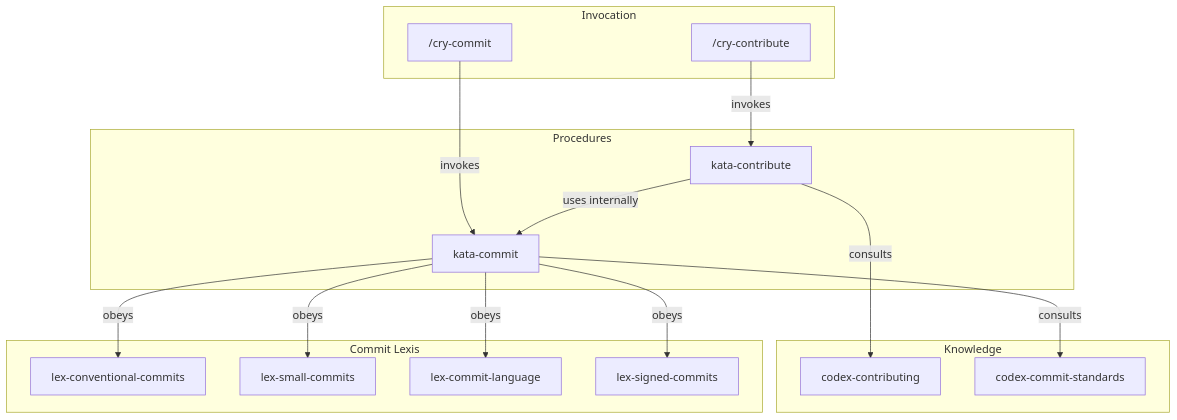
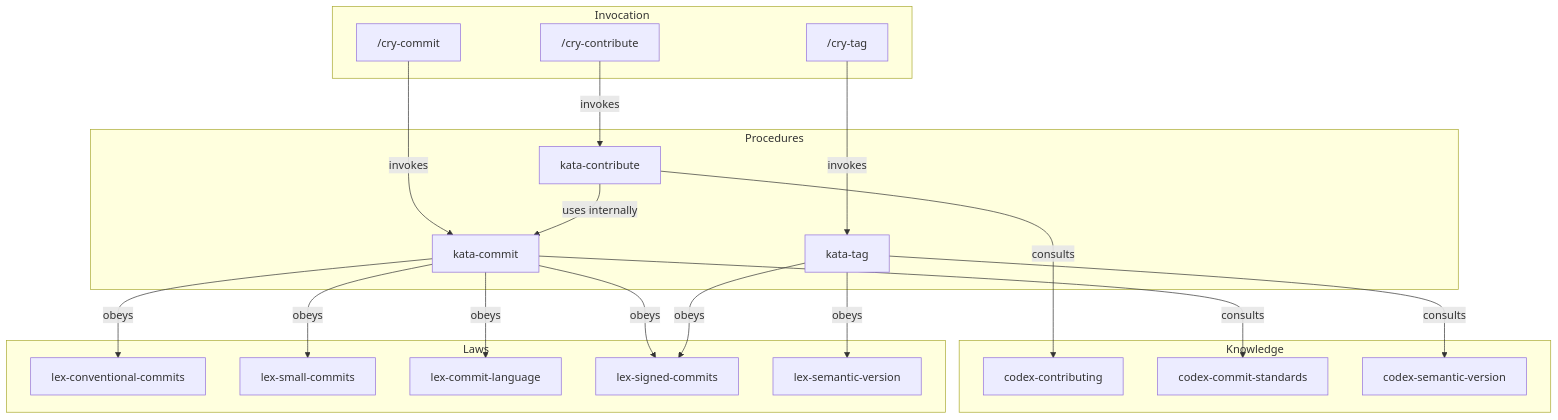
Before and after one commit to guardiatechnology/ahrena: the diagram in framework/en/_foundation/contributing/README.md, drawn with Mermaid. The commit also changed other lines of this file and 24 other files, not shown here.

First line of the commit message:
feat(contributing): add cry-tag and semantic versioning (lex, codex, kata)

````diff
--- a/framework/en/_foundation/contributing/README.md
+++ b/framework/en/_foundation/contributing/README.md
@@ -11,34 +11,42 @@
 ```mermaid
 flowchart TD
     subgraph invocation ["Invocation"]
         CryCommit["/cry-commit"]
         CryContribute["/cry-contribute"]
+        CryTag["/cry-tag"]
     end
 
     subgraph procedures ["Procedures"]
         KataCommit["kata-commit"]
         KataContribute["kata-contribute"]
+        KataTag["kata-tag"]
     end
 
     subgraph knowledge ["Knowledge"]
         CdxContributing["codex-contributing"]
         CdxCommitStd["codex-commit-standards"]
+        CdxSemVer["codex-semantic-version"]
     end
 
-    subgraph laws ["Commit Lexis"]
+    subgraph laws ["Laws"]
         LexConventional["lex-conventional-commits"]
         LexSmall["lex-small-commits"]
         LexLanguage["lex-commit-language"]
         LexSigned["lex-signed-commits"]
+        LexSemVer["lex-semantic-version"]
     end
 
     CryCommit -->|"invokes"| KataCommit
     CryContribute -->|"invokes"| KataContribute
+    CryTag -->|"invokes"| KataTag
     KataContribute -->|"uses internally"| KataCommit
     KataContribute -->|"consults"| CdxContributing
     KataCommit -->|"consults"| CdxCommitStd
     KataCommit -->|"obeys"| LexConventional
     KataCommit -->|"obeys"| LexSmall
     KataCommit -->|"obeys"| LexLanguage
     KataCommit -->|"obeys"| LexSigned
+    KataTag -->|"consults"| CdxSemVer
+    KataTag -->|"obeys"| LexSemVer
+    KataTag -->|"obeys"| LexSigned
 ```
````
